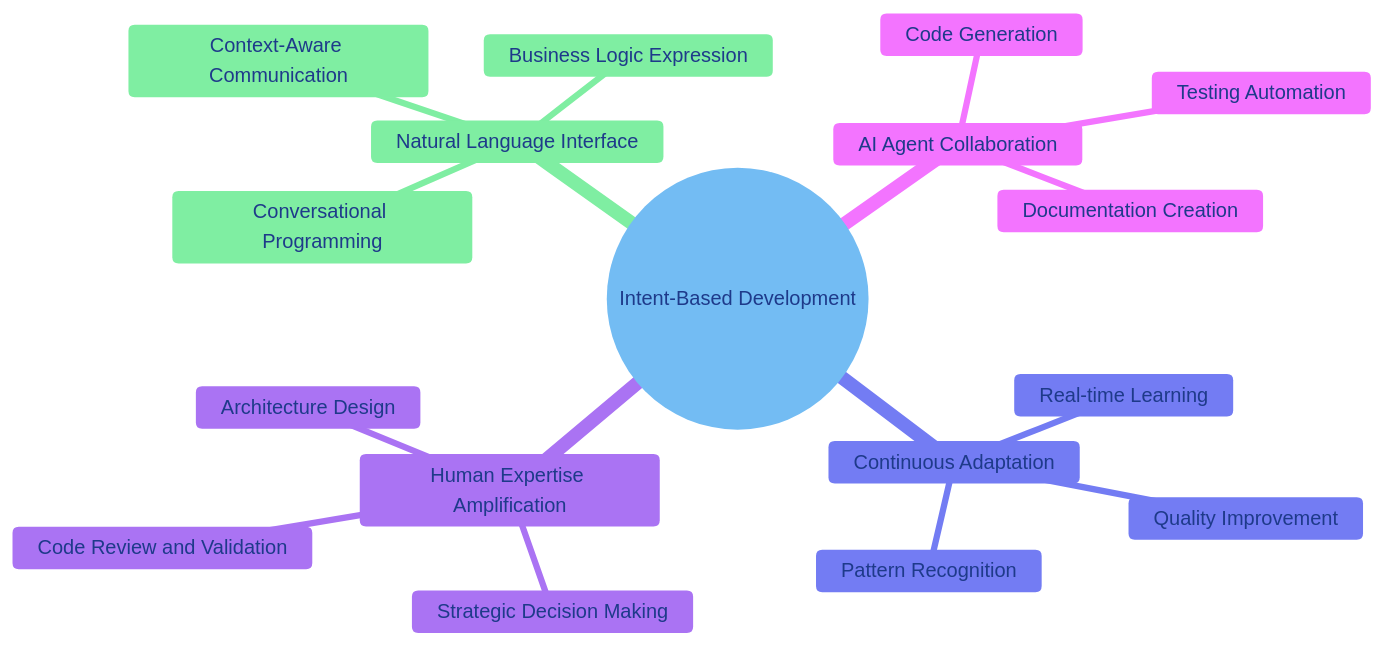
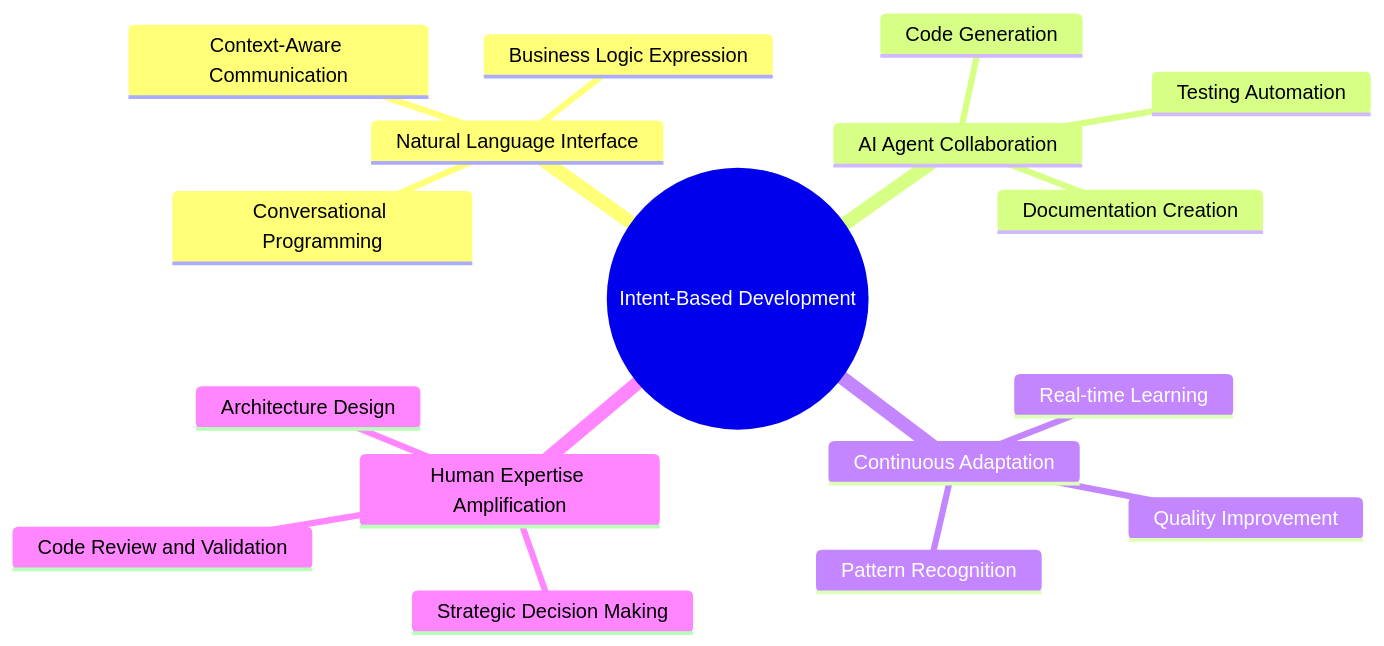
The third of 10 diagrams in 17_intent_based_dev_vs_code_copilot.md (raphaelmansuy/tutorials), drawn with Mermaid before and after one commit. The commit also changed other lines of this file, not shown here.

````diff
--- a/17_intent_based_dev_vs_code_copilot.md
+++ b/17_intent_based_dev_vs_code_copilot.md
@@ -275,37 +281,20 @@
 ```mermaid
-%%{init: {
-  'theme': 'base',
-  'themeVariables': {
-    'primaryColor': '#E8F4FD',
-    'primaryTextColor': '#1E3A8A',
-    'primaryBorderColor': '#3B82F6',
-    'secondaryColor': '#F0FDF4',
-    'secondaryTextColor': '#15803D',
-    'secondaryBorderColor': '#22C55E',
-    'tertiaryColor': '#FEF3FF',
-    'tertiaryTextColor': '#7C2D92',
-    'tertiaryBorderColor': '#A855F7',
-    'background': '#FFFFFF',
-    'lineColor': '#6B7280',
-    'textColor': '#111827'
-  }
-}}%%
 mindmap
   root((Intent-Based Development))
     Natural Language Interface
       Conversational Programming
       Context-Aware Communication
       Business Logic Expression
     AI Agent Collaboration
       Code Generation
       Documentation Creation
       Testing Automation
     Continuous Adaptation
       Real-time Learning
       Pattern Recognition
       Quality Improvement
     Human Expertise Amplification
       Strategic Decision Making
       Architecture Design
       Code Review and Validation
 ```
````
